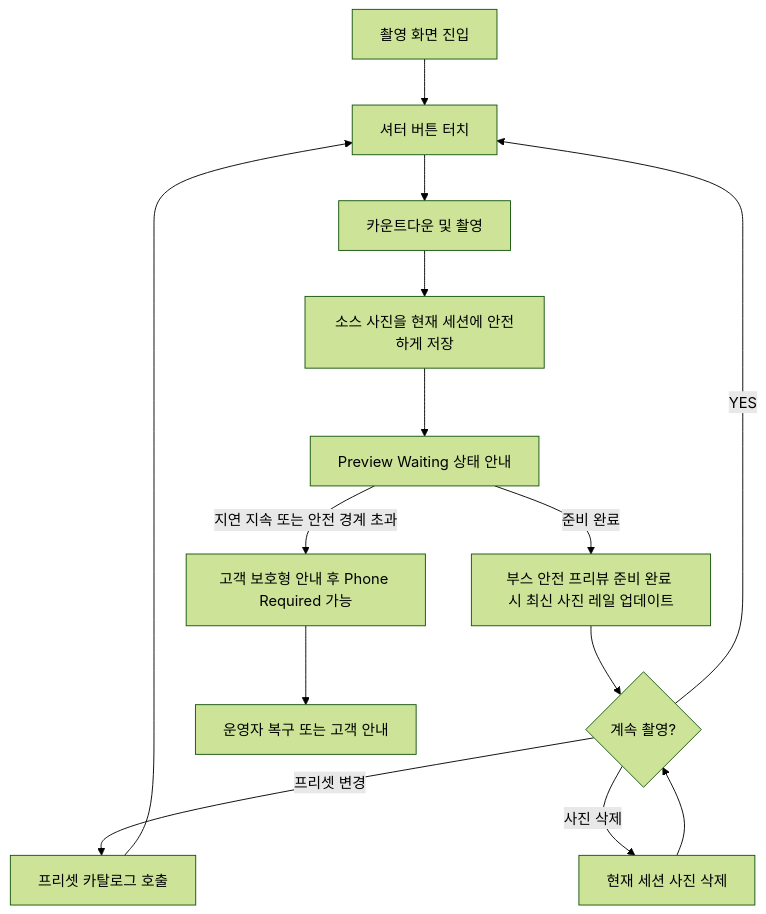
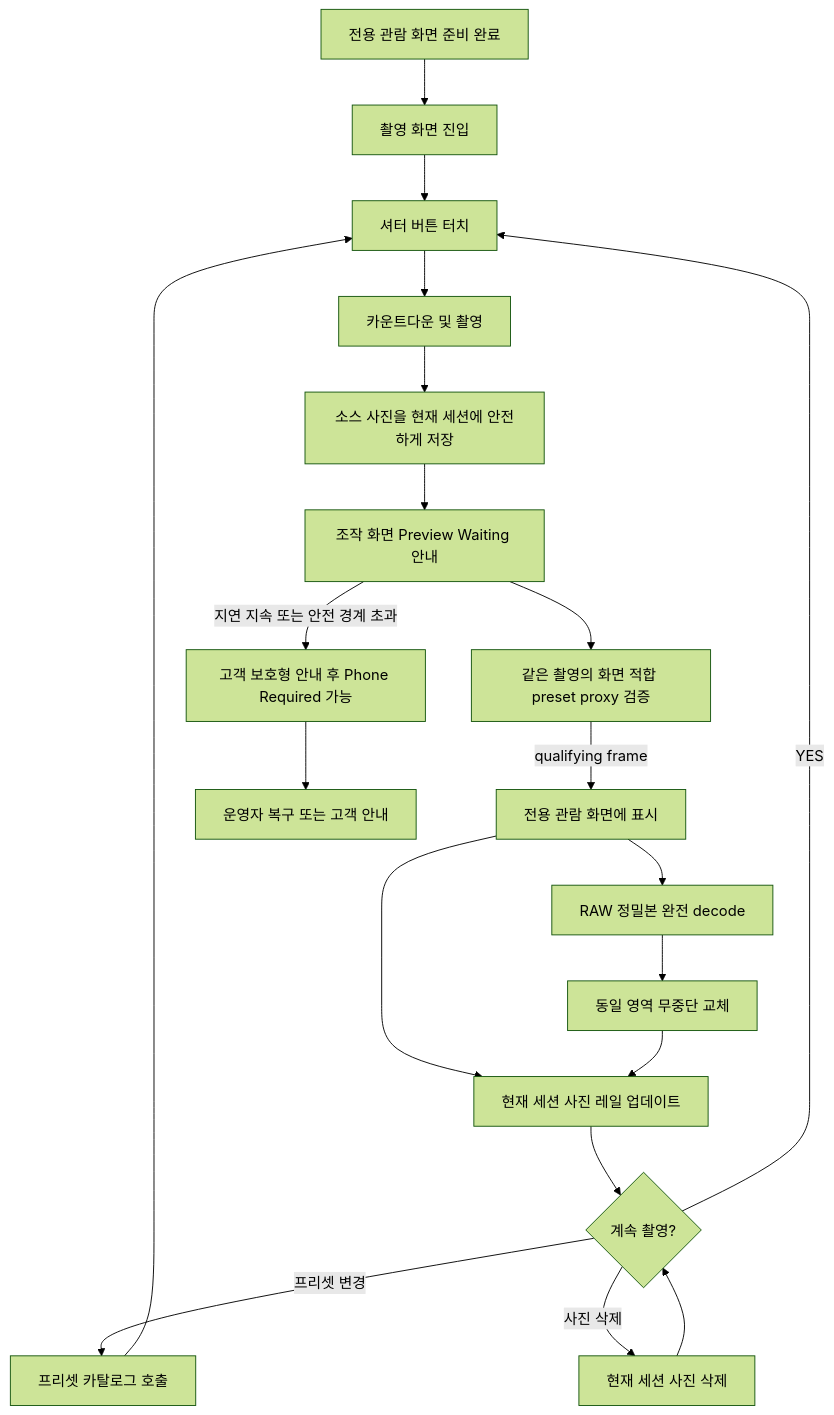
One commit to lsy9344/Boothy changed the second of 3 diagrams in _bmad-output/planning-artifacts/ux-design-specification.md. Above: the diagram before and after it, drawn with Mermaid (forest theme). The commit also changed other lines of this file and 465 other files, not shown here.

````diff
--- a/_bmad-output/planning-artifacts/ux-design-specification.md
+++ b/_bmad-output/planning-artifacts/ux-design-specification.md
@@ -238,16 +247,22 @@
 ```mermaid
 flowchart TD
-    A[촬영 화면 진입] --> B[셔터 버튼 터치]
+    V[전용 관람 화면 준비 완료] --> A[촬영 화면 진입]
+    A --> B[셔터 버튼 터치]
     B --> C[카운트다운 및 촬영]
     C --> D[소스 사진을 현재 세션에 안전하게 저장]
-    D --> E[Preview Waiting 상태 안내]
-    E -->|준비 완료| F[부스 안전 프리뷰 준비 완료 시 최신 사진 레일 업데이트]
+    D --> E[조작 화면 Preview Waiting 안내]
+    E --> P[같은 촬영의 화면 적합 preset proxy 검증]
+    P -->|qualifying frame| Q[전용 관람 화면에 표시]
+    Q --> R[RAW 정밀본 완전 decode]
+    R --> S[동일 영역 무중단 교체]
     E -->|지연 지속 또는 안전 경계 초과| J[고객 보호형 안내 후 Phone Required 가능]
+    Q --> F[현재 세션 사진 레일 업데이트]
+    S --> F
     F --> G{계속 촬영?}
     G -->|YES| B
     G -->|프리셋 변경| H[프리셋 카탈로그 호출]
     H --> B
     G -->|사진 삭제| I[현재 세션 사진 삭제]
     I --> G
     J --> K[운영자 복구 또는 고객 안내]
 ```
````
